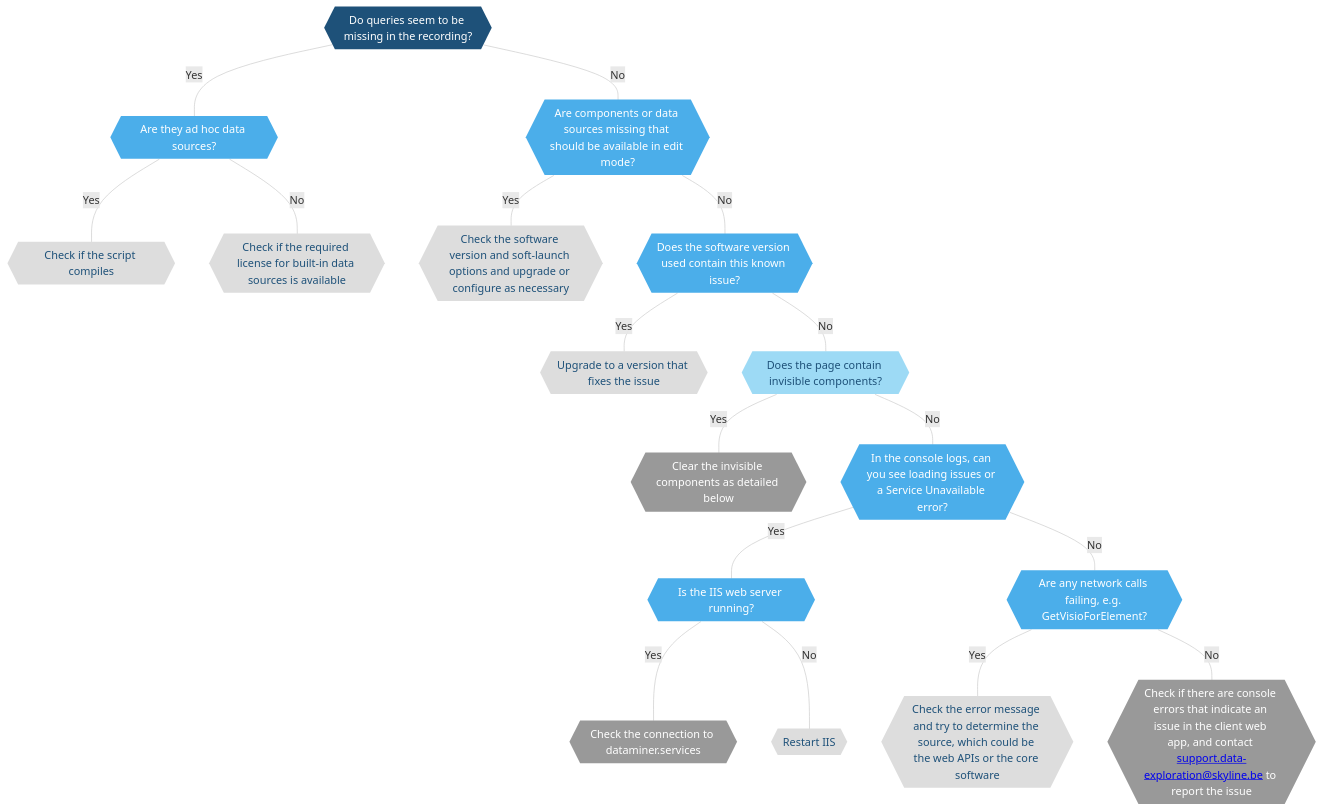
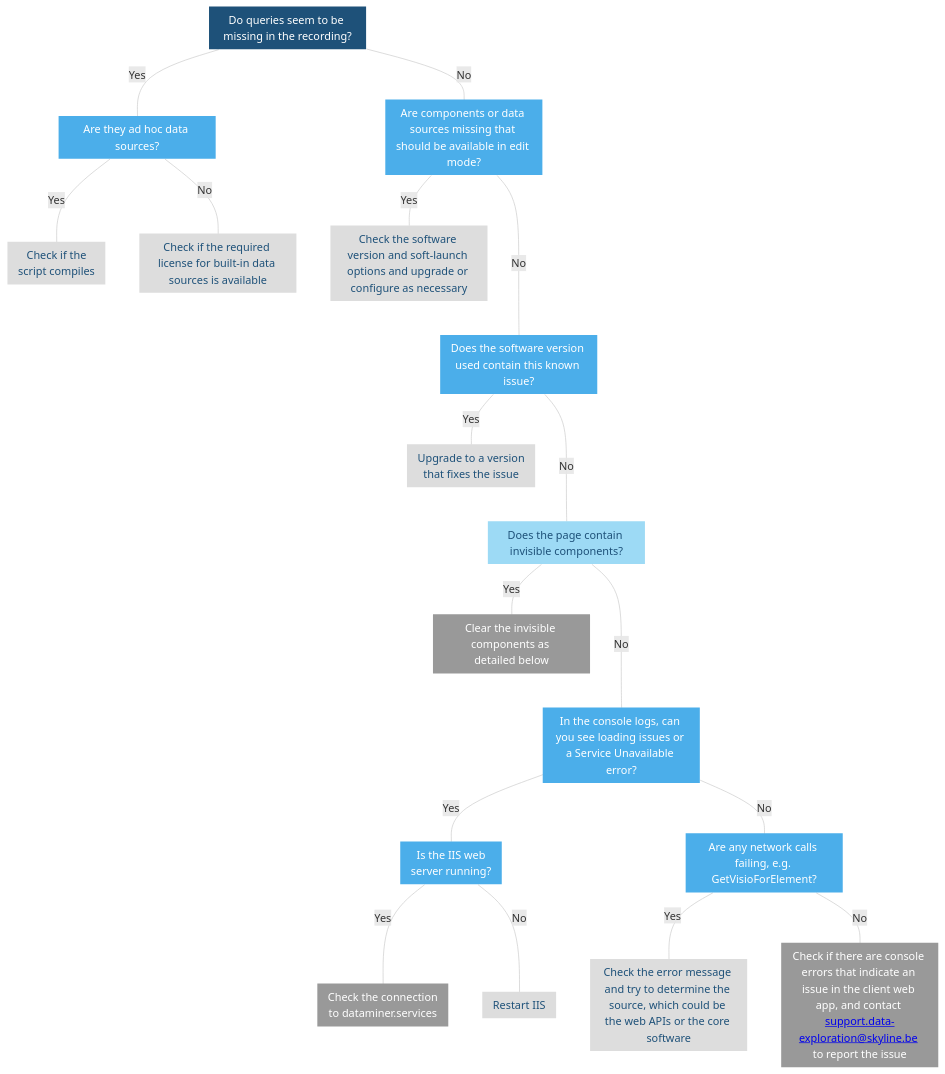
One commit to SkylineCommunications/dataminer-docs changed the diagram in user-guide/Troubleshooting/Troubleshooting_Flowcharts/Troubleshooting_Webapps.md. Above: the diagram before and after it, drawn with Mermaid. The commit also changed other lines of this file and 1 other file, not shown here.

Commit message:
flowchart tweaked + link added

````diff
--- a/user-guide/Troubleshooting/Troubleshooting_Flowcharts/Troubleshooting_Webapps.md
+++ b/user-guide/Troubleshooting/Troubleshooting_Flowcharts/Troubleshooting_Webapps.md
@@ -11,55 +11,55 @@
 ```mermaid
 flowchart TD
 %% Define styles %%
 linkStyle default stroke:#cccccc
 classDef classTerminal fill:#1e5179,stroke:#1e5179,color:#ffffff,stroke-width:0px;
 classDef classDecision fill:#4baeea,stroke:#4baeea,color:#ffffff,stroke-width:0px;
 classDef classExternalRef fill:#9ddaf5,stroke:#9ddaf5,color:#1E5179,stroke-width:0px;
 classDef classActionClickable fill:#999999,stroke:#999999,color:#ffffff,stroke-width:0px;
 classDef classAction fill:#dddddd,stroke:#dddddd,color:#1E5179,stroke-width:0px;
 %% Define blocks %%
-START{{Do queries seem to be missing in the recording?}}
-Adhocdatasource{{Are they ad hoc data sources?}}
-ScriptCompiles{{Check if the script compiles}}
-LicenseAvailable{{Check if the required license for built-in data sources is available}}
-MissingComponents{{Are components or data sources missing that should be available in edit mode?}}
-CheckSoftLaunch{{Check the software version and soft-launch options and upgrade or configure as necessary}}
-KnownIssue{{Does the software version used contain this known issue?}}
-UpgradeToFix{{Upgrade to a version that fixes the issue}}
-InvisibleComponents{{Does the page contain invisible components?}}
-ClearInvisibleComponents{{Clear the invisible components as detailed below}}
-LoadingIssues{{In the console logs, can you see loading issues or a Service Unavailable error?}}
-IISRunning{{Is the IIS web server running?}}
-CheckCloudConnection{{Check the connection to dataminer.services}}
-RestartIIS{{Restart IIS}}
-FailingCalls{{Are any network calls failing, e.g. GetVisioForElement?}}
-CheckErrorMessage{{Check the error message and try to determine the source, which could be the web APIs or the core software}}
-CheckConsoleErrors{{Check if there are console errors that indicate an issue in the client web app, and contact <a href="mailto:support.data-exploration@skyline.be">support.data-exploration@skyline.be</a> to report the issue}}
+START[[Do queries seem to be missing in the recording?]]
+Adhocdatasource[[Are they ad hoc data sources?]]
+ScriptCompiles[[Check if the <br>script compiles]]
+LicenseAvailable[[Check if the required license for built-in data sources is available]]
+MissingComponents[[Are components or data sources missing that should be available in edit mode?]]
+CheckSoftLaunch[[Check the software version and soft-launch options and upgrade or configure as necessary]]
+KnownIssue[[Does the software version used contain this known issue?]]
+UpgradeToFix[[Upgrade to a version <br>that fixes the issue]]
+InvisibleComponents[[Does the page contain invisible components?]]
+ClearInvisibleComponents[[Clear the invisible components as <br>detailed below]]
+LoadingIssues[[In the console logs, can you see loading issues or a Service Unavailable error?]]
+IISRunning[[Is the IIS web <br>server running?]]
+CheckCloudConnection[[Check the connection <br>to dataminer.services]]
+RestartIIS[[Restart IIS]]
+FailingCalls[[Are any network calls failing, e.g. GetVisioForElement?]]
+CheckErrorMessage[[Check the error message and try to determine the source, which could be <br>the web APIs or the core software]]
+CheckConsoleErrors[[Check if there are console errors that indicate an issue in the client web app, and contact <a href="mailto:support.data-exploration@skyline.be">support.data-exploration@skyline.be</a> <br>to report the issue]]
 %% Connect blocks %%
 START --- |Yes|Adhocdatasource
 START --- |No|MissingComponents
 Adhocdatasource --- |Yes|ScriptCompiles
 Adhocdatasource --- |No|LicenseAvailable
 MissingComponents --- |Yes|CheckSoftLaunch
-MissingComponents --- |No|KnownIssue
+MissingComponents ---- |No|KnownIssue
 KnownIssue --- |Yes|UpgradeToFix
-KnownIssue --- |No|InvisibleComponents
+KnownIssue ---- |No|InvisibleComponents
 InvisibleComponents --- |Yes|ClearInvisibleComponents
-InvisibleComponents --- |No|LoadingIssues
+InvisibleComponents ---- |No|LoadingIssues
 LoadingIssues --- |Yes|IISRunning
 LoadingIssues --- |No|FailingCalls
 IISRunning --- |Yes|CheckCloudConnection
 IISRunning --- |No|RestartIIS
 FailingCalls --- |Yes|CheckErrorMessage
 FailingCalls --- |No|CheckConsoleErrors
 %% Define hyperlinks %%
 click CheckCloudConnection "/user-guide/Troubleshooting/Procedures/Cloud_Connection_Issues.html" "dataminer.services troubleshooting"
 click InvisibleComponents "#dealing-with-invisible-components" "Dealing with invisible components"
 click ClearInvisibleComponents "#dealing-with-invisible-components" "Dealing with invisible components"
 %% Apply styles to blocks %%
 class START classTerminal;
 class Adhocdatasource,MissingComponents,KnownIssue,LoadingIssues,IISRunning,FailingCalls classDecision;
 class InvisibleComponents classExternalRef;
 class CheckCloudConnection,CheckConsoleErrors,ClearInvisibleComponents classActionClickable;
 class ScriptCompiles,LicenseAvailable,CheckSoftLaunch,UpgradeToFix,RestartIIS,CheckErrorMessage classAction;
 ```
````
